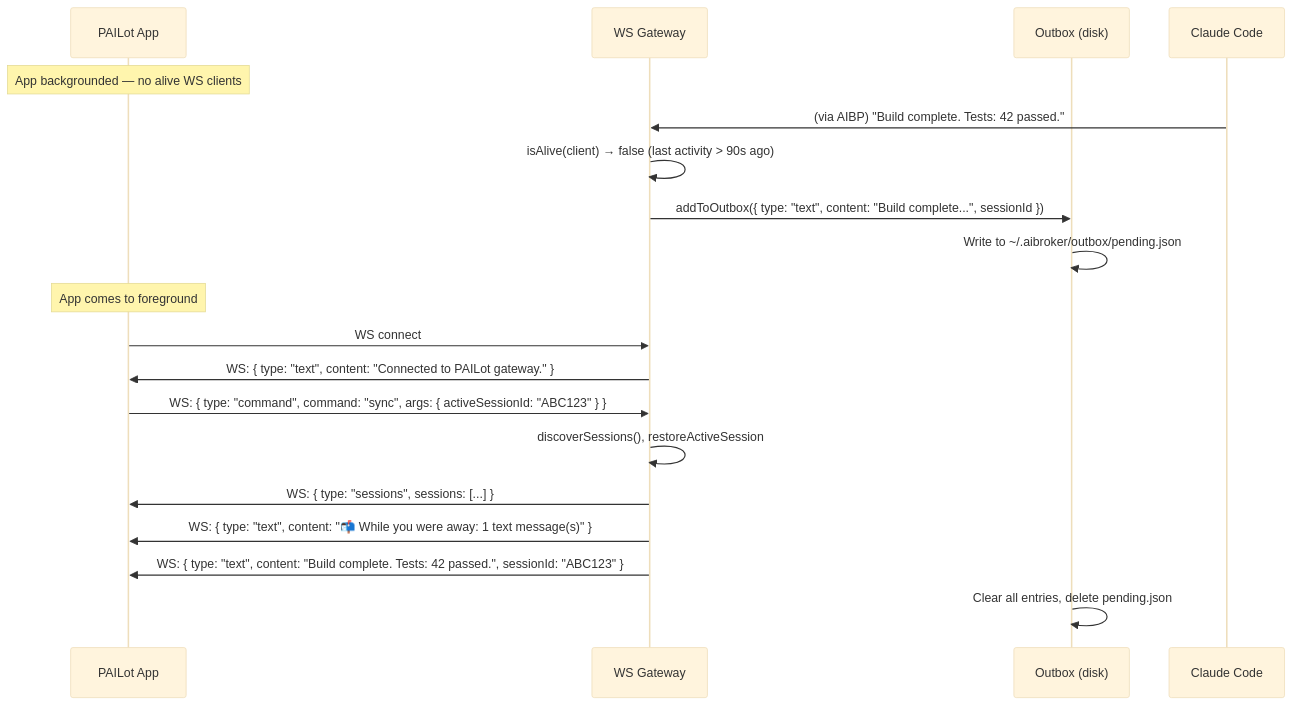
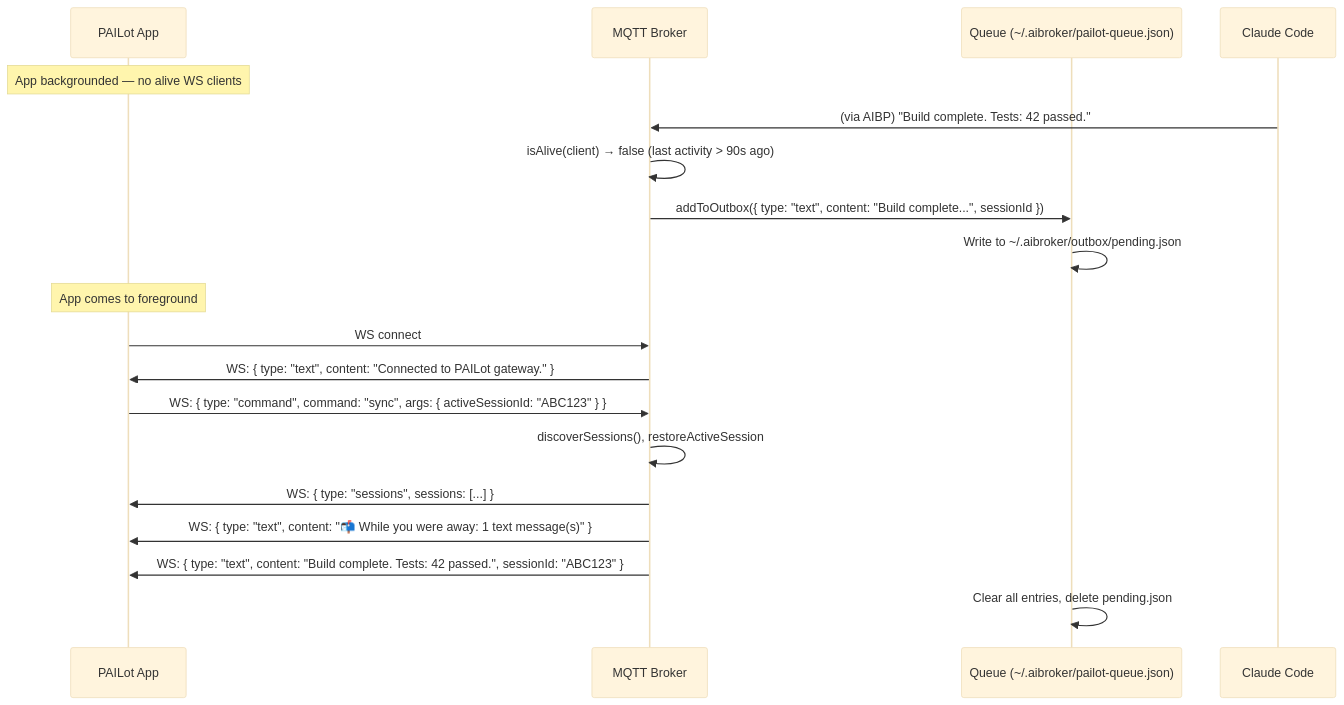
The eighth of 14 diagrams in docs/use-cases.md (mnott/AIBroker), drawn with Mermaid (base theme) before and after one commit. The commit also changed other lines of this file and 23 other files, not shown here.

````diff
--- a/docs/use-cases.md
+++ b/docs/use-cases.md
@@ -250,25 +250,25 @@
 ```mermaid
 sequenceDiagram
     participant App as PAILot App
-    participant GW as WS Gateway
-    participant Outbox as Outbox (disk)
+    participant GW as MQTT Broker
+    participant Q as Queue (~/.aibroker/pailot-queue.json)
     participant CC as Claude Code
 
     Note over App: App backgrounded — no alive WS clients
 
     CC->>GW: (via AIBP) "Build complete. Tests: 42 passed."
     GW->>GW: isAlive(client) → false (last activity > 90s ago)
-    GW->>Outbox: addToOutbox({ type: "text", content: "Build complete...", sessionId })
-    Outbox->>Outbox: Write to ~/.aibroker/outbox/pending.json
+    GW->>Q: addToOutbox({ type: "text", content: "Build complete...", sessionId })
+    Q->>Q: Write to ~/.aibroker/outbox/pending.json
 
     Note over App: App comes to foreground
 
     App->>GW: WS connect
     GW->>App: WS: { type: "text", content: "Connected to PAILot gateway." }
     App->>GW: WS: { type: "command", command: "sync", args: { activeSessionId: "ABC123" } }
     GW->>GW: discoverSessions(), restoreActiveSession
     GW->>App: WS: { type: "sessions", sessions: [...] }
     GW->>App: WS: { type: "text", content: "📬 While you were away: 1 text message(s)" }
     GW->>App: WS: { type: "text", content: "Build complete. Tests: 42 passed.", sessionId: "ABC123" }
-    Outbox->>Outbox: Clear all entries, delete pending.json
+    Q->>Q: Clear all entries, delete pending.json
 ```
````
